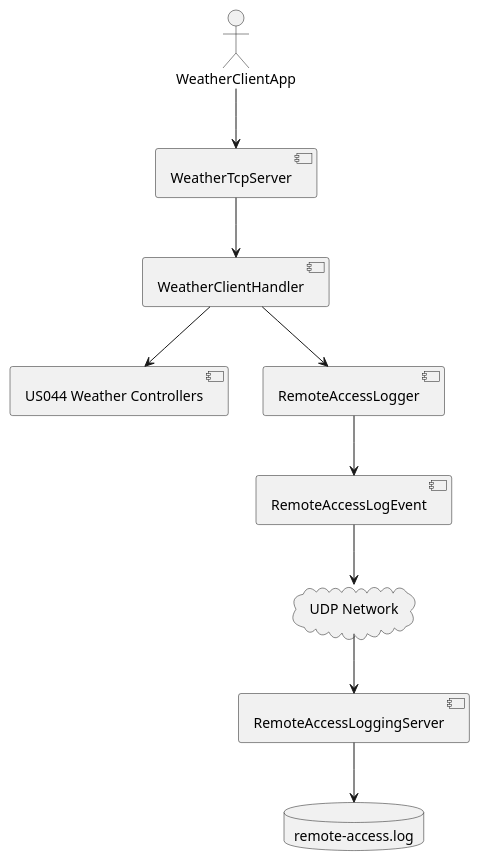
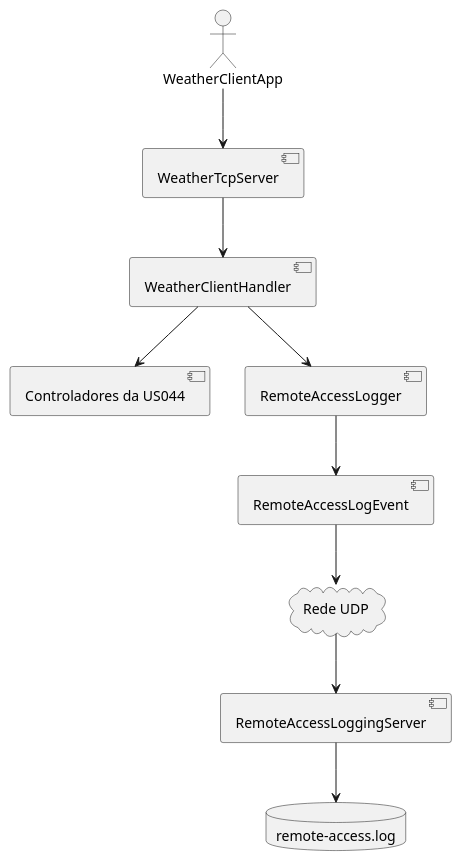
One commit to goncalolopesp/sem4pi2526-sem4pi2526_2di5 changed the first of 3 diagrams in docs/us_090/US090.md. Above: the diagram before and after it, drawn with PlantUML. The commit also changed other lines of this file and 2 other files, not shown here.

````diff
--- a/docs/us_090/US090.md
+++ b/docs/us_090/US090.md
@@ -74,27 +65,27 @@
 ```puml
 @startuml
 
 actor WeatherClientApp as Client
 
 component WeatherTcpServer as Server
 component WeatherClientHandler as Handler
-component "US044 Weather Controllers" as Controllers
+component "Controladores da US044" as Controllers
 component RemoteAccessLogger as Logger
 component RemoteAccessLogEvent as Event
 
-cloud "UDP Network" as UDP
+cloud "Rede UDP" as UDP
 
 component RemoteAccessLoggingServer as LogServer
 database "remote-access.log" as File
 
 Client --> Server
 Server --> Handler
 Handler --> Controllers
 Handler --> Logger
 Logger --> Event
 Event --> UDP
 UDP --> LogServer
 LogServer --> File
 
 @enduml
 ```
````
